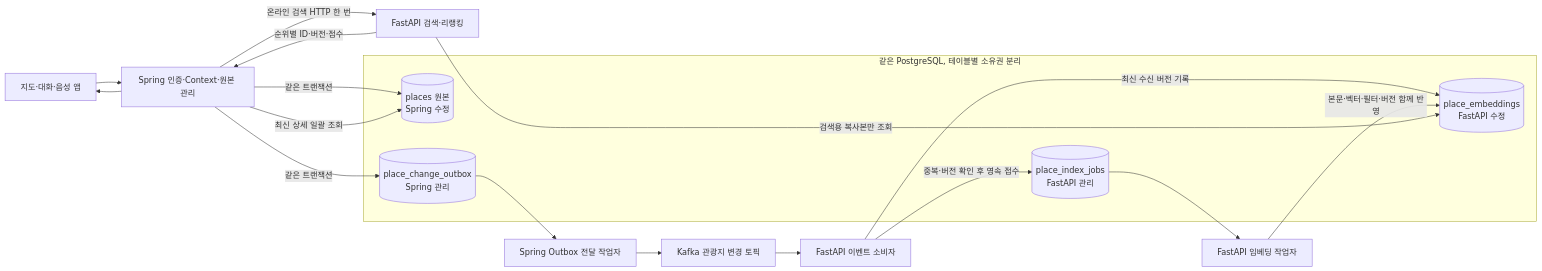
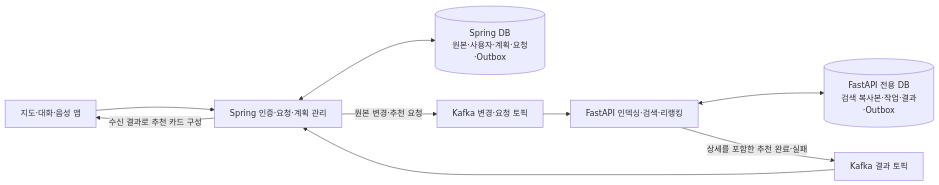
The first of 3 diagrams in docs/architecture/fastapi-place-recommendation.md (yollo4179/TravelMate), drawn with Mermaid before and after one commit. The commit also changed other lines of this file and 5 other files, not shown here.

Commit message:
Specify separate search DB and full Kafka recommendation results

````diff
--- a/docs/architecture/fastapi-place-recommendation.md
+++ b/docs/architecture/fastapi-place-recommendation.md
@@ -19,24 +19,11 @@
 ```mermaid
 flowchart LR
-    App[지도·대화·음성 앱] --> Spring[Spring 인증·Context·원본 관리]
-    subgraph PG[같은 PostgreSQL, 테이블별 소유권 분리]
-        Places[(places 원본<br/>Spring 수정)]
-        Outbox[(place_change_outbox<br/>Spring 관리)]
-        Jobs[(place_index_jobs<br/>FastAPI 관리)]
-        Index[(place_embeddings<br/>FastAPI 수정)]
-    end
-    Spring -->|같은 트랜잭션| Places
-    Spring -->|같은 트랜잭션| Outbox
-    Outbox --> Relay[Spring Outbox 전달 작업자]
-    Relay --> Kafka[Kafka 관광지 변경 토픽]
-    Kafka --> Consumer[FastAPI 이벤트 소비자]
-    Consumer -->|중복·버전 확인 후 영속 접수| Jobs
-    Consumer -->|최신 수신 버전 기록| Index
-    Jobs --> Worker[FastAPI 임베딩 작업자]
-    Worker -->|본문·벡터·필터·버전 함께 반영| Index
-    Spring -->|온라인 검색 HTTP 한 번| Search[FastAPI 검색·리랭킹]
-    Search -->|검색용 복사본만 조회| Index
-    Search -->|순위별 ID·버전·점수| Spring
-    Spring -->|최신 상세 일괄 조회| Places
-    Spring --> App
+    App[지도·대화·음성 앱] --> Spring[Spring 인증·요청·계획 관리]
+    Spring <--> SourceDB[(Spring DB<br/>원본·사용자·계획·요청·Outbox)]
+    Spring -->|원본 변경·추천 요청| Requests[Kafka 변경·요청 토픽]
+    Requests --> FastAPI[FastAPI 인덱싱·검색·리랭킹]
+    FastAPI <--> SearchDB[(FastAPI 전용 DB<br/>검색 복사본·작업·결과·Outbox)]
+    FastAPI -->|상세를 포함한 추천 완료·실패| Results[Kafka 결과 토픽]
+    Results --> Spring
+    Spring -->|수신 결과로 추천 카드 구성| App
 ```
````
